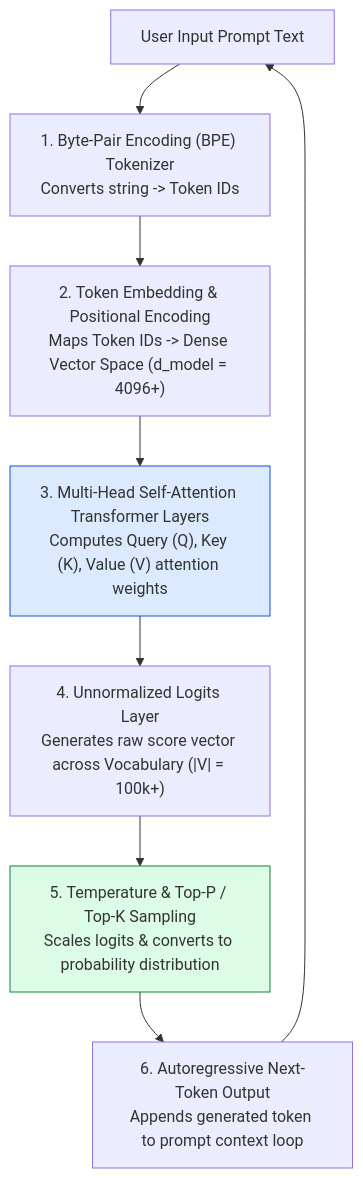
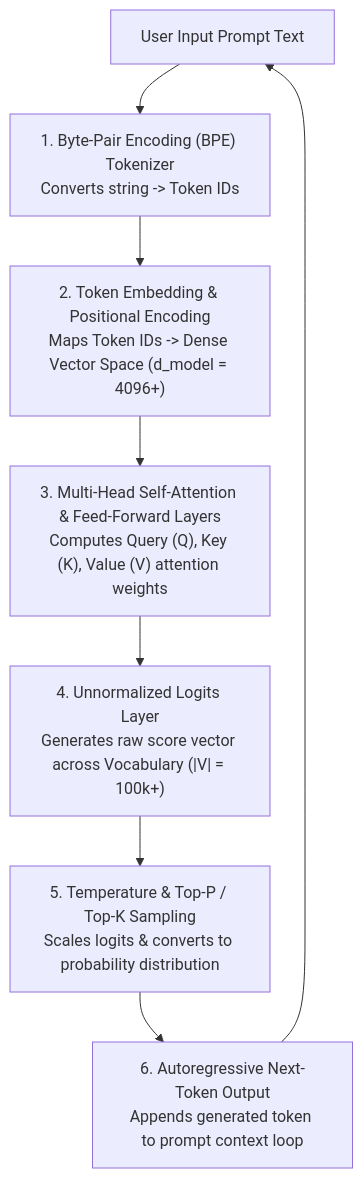
One commit to Amie-dev/engineering-playbook changed the diagram in agentic-ai-notes/00-foundations/01-how-llms-work.md. Above: the diagram before and after it, drawn with Mermaid. The commit also changed other lines of this file and 27 other files, not shown here.

````diff
--- a/agentic-ai-notes/00-foundations/01-how-llms-work.md
+++ b/agentic-ai-notes/00-foundations/01-how-llms-work.md
@@ -13,19 +7,16 @@
 ```mermaid
 flowchart TD
     Prompt[User Input Prompt Text] --> Tokenizer["1. Byte-Pair Encoding (BPE) Tokenizer<br/>Converts string -> Token IDs"]
-
+    
     Tokenizer --> EmbedLook["2. Token Embedding & Positional Encoding<br/>Maps Token IDs -> Dense Vector Space (d_model = 4096+)"]
-
-    EmbedLook --> TransStack["3. Multi-Head Self-Attention Transformer Layers<br/>Computes Query (Q), Key (K), Value (V) attention weights"]
-
+    
+    EmbedLook --> TransStack["3. Multi-Head Self-Attention & Feed-Forward Layers<br/>Computes Query (Q), Key (K), Value (V) attention weights"]
+    
     TransStack --> LogitsLayer["4. Unnormalized Logits Layer<br/>Generates raw score vector across Vocabulary (|V| = 100k+)"]
-
+    
     LogitsLayer --> SoftmaxSampling["5. Temperature & Top-P / Top-K Sampling<br/>Scales logits & converts to probability distribution"]
-
+    
     SoftmaxSampling --> NextToken["6. Autoregressive Next-Token Output<br/>Appends generated token to prompt context loop"]
-
+    
     NextToken --> Prompt
-
-    style TransStack fill:#dbeafe,stroke:#1d4ed8
-    style SoftmaxSampling fill:#dcfce7,stroke:#15803d
 ```
````
